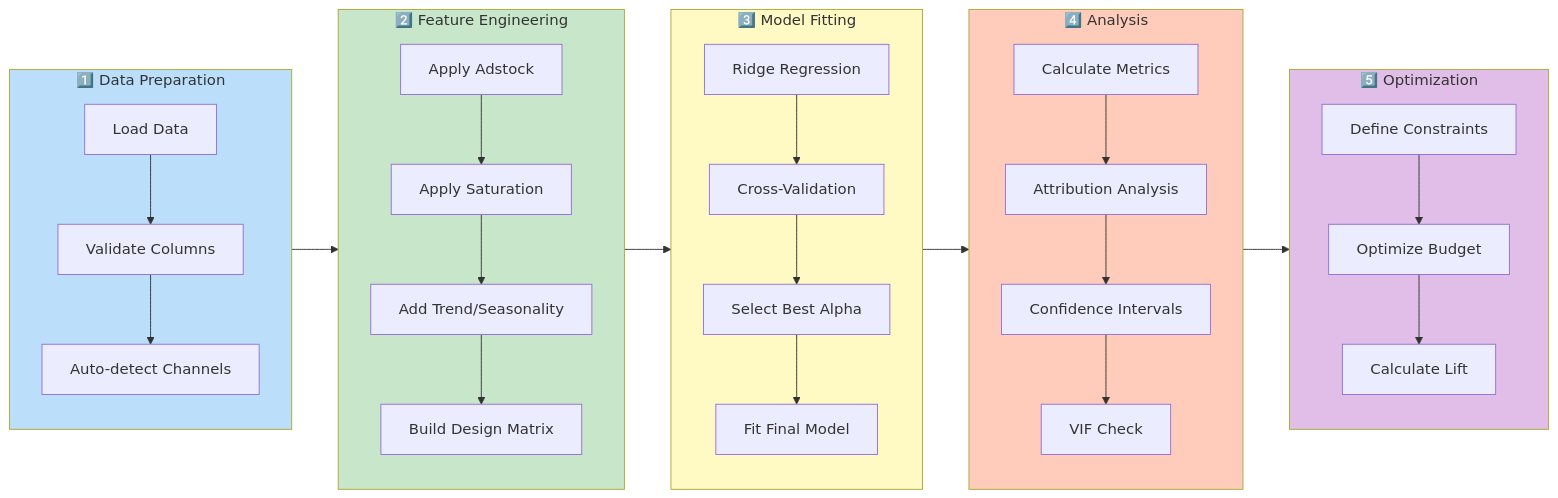
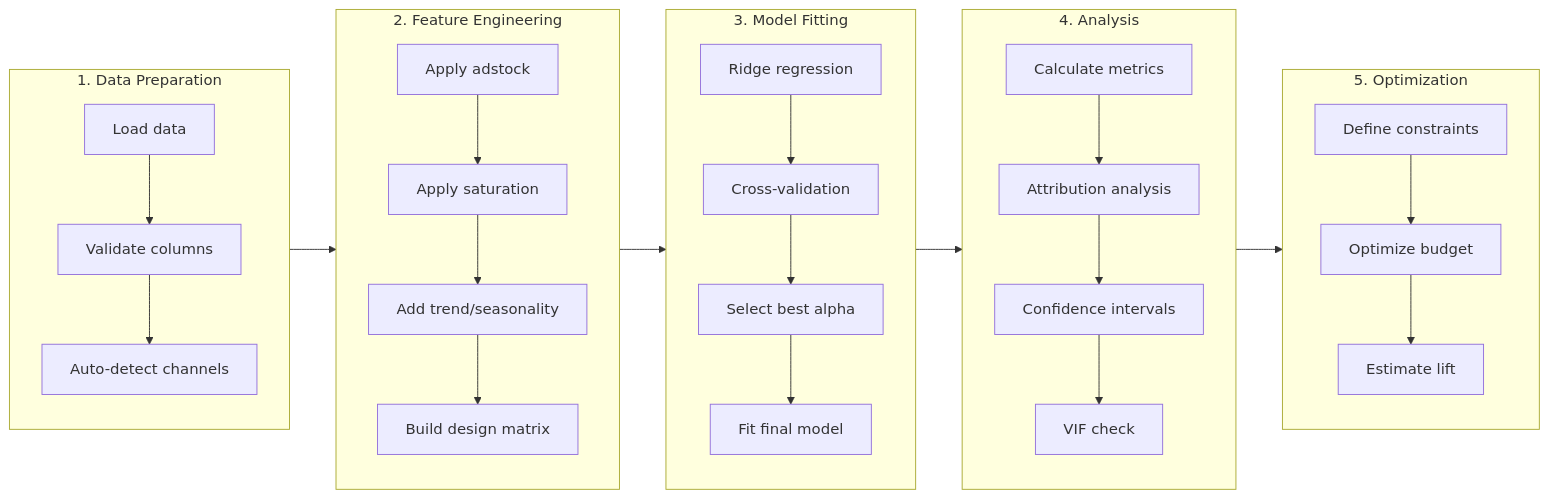
The first of 2 diagrams in README.md (Sai-Santhosh/marketing-mix-modeling), drawn with Mermaid before and after one commit. The commit also changed other lines of this file, not shown here.

````diff
--- a/README.md
+++ b/README.md
@@ -106,38 +40,32 @@
 ```mermaid
 flowchart LR
-    subgraph Stage1["1️⃣ Data Preparation"]
-        A1[Load Data] --> A2[Validate Columns]
-        A2 --> A3[Auto-detect Channels]
-    end
-    
-    subgraph Stage2["2️⃣ Feature Engineering"]
-        B1[Apply Adstock] --> B2[Apply Saturation]
-        B2 --> B3[Add Trend/Seasonality]
-        B3 --> B4[Build Design Matrix]
-    end
-    
-    subgraph Stage3["3️⃣ Model Fitting"]
-        C1[Ridge Regression] --> C2[Cross-Validation]
-        C2 --> C3[Select Best Alpha]
-        C3 --> C4[Fit Final Model]
-    end
-    
-    subgraph Stage4["4️⃣ Analysis"]
-        D1[Calculate Metrics] --> D2[Attribution Analysis]
-        D2 --> D3[Confidence Intervals]
-        D3 --> D4[VIF Check]
-    end
-    
-    subgraph Stage5["5️⃣ Optimization"]
-        E1[Define Constraints] --> E2[Optimize Budget]
-        E2 --> E3[Calculate Lift]
-    end
-    
-    Stage1 --> Stage2 --> Stage3 --> Stage4 --> Stage5
-    
-    style Stage1 fill:#bbdefb
-    style Stage2 fill:#c8e6c9
-    style Stage3 fill:#fff9c4
-    style Stage4 fill:#ffccbc
-    style Stage5 fill:#e1bee7
+  subgraph Stage1["1. Data Preparation"]
+    A1["Load data"] --> A2["Validate columns"]
+    A2 --> A3["Auto-detect channels"]
+  end
+
+  subgraph Stage2["2. Feature Engineering"]
+    B1["Apply adstock"] --> B2["Apply saturation"]
+    B2 --> B3["Add trend/seasonality"]
+    B3 --> B4["Build design matrix"]
+  end
+
+  subgraph Stage3["3. Model Fitting"]
+    C1["Ridge regression"] --> C2["Cross-validation"]
+    C2 --> C3["Select best alpha"]
+    C3 --> C4["Fit final model"]
+  end
+
+  subgraph Stage4["4. Analysis"]
+    D1["Calculate metrics"] --> D2["Attribution analysis"]
+    D2 --> D3["Confidence intervals"]
+    D3 --> D4["VIF check"]
+  end
+
+  subgraph Stage5["5. Optimization"]
+    E1["Define constraints"] --> E2["Optimize budget"]
+    E2 --> E3["Estimate lift"]
+  end
+
+  Stage1 --> Stage2 --> Stage3 --> Stage4 --> Stage5
 ```
````
